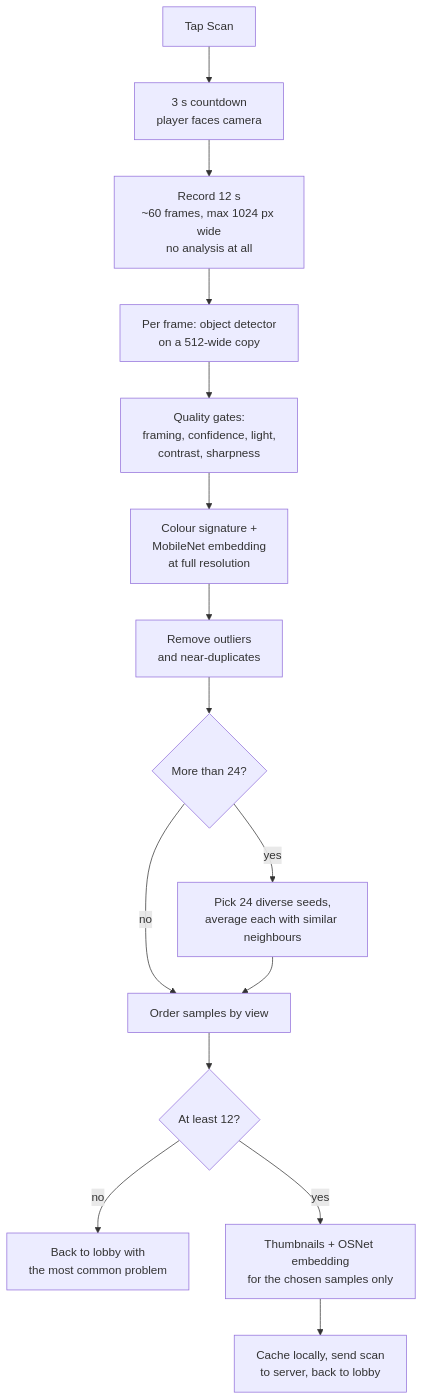
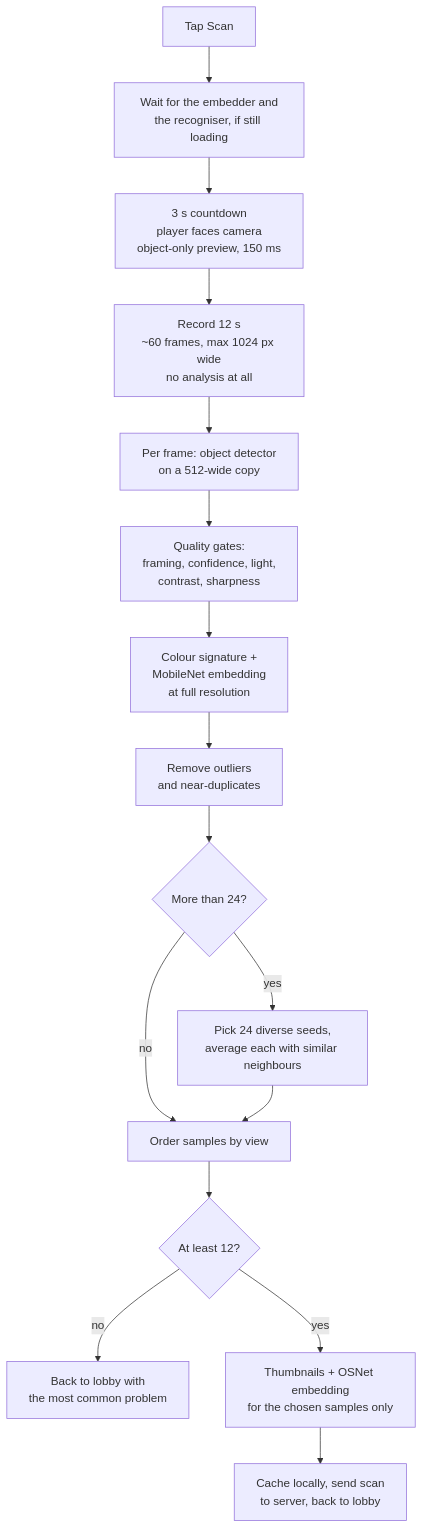
One commit to Basiliskenzahn/Laser-Tag changed the diagram in docs/client/scanning.md. Above: the diagram before and after it, drawn with Mermaid. The commit also changed other lines of this file and 8 other files, not shown here.

````diff
--- a/docs/client/scanning.md
+++ b/docs/client/scanning.md
@@ -15,17 +15,18 @@
 ```mermaid
 flowchart TD
-  A[Tap Scan] --> B[3 s countdown<br/>player faces camera]
+  A[Tap Scan] --> A2[Wait for the embedder and<br/>the recogniser, if still loading]
+  A2 --> B[3 s countdown<br/>player faces camera<br/>object-only preview, 150 ms]
   B --> C[Record 12 s<br/>~60 frames, max 1024 px wide<br/>no analysis at all]
   C --> D[Per frame: object detector<br/>on a 512-wide copy]
   D --> E[Quality gates:<br/>framing, confidence, light,<br/>contrast, sharpness]
   E --> F[Colour signature +<br/>MobileNet embedding<br/>at full resolution]
   F --> G[Remove outliers<br/>and near-duplicates]
   G --> H{More than 24?}
   H -- yes --> I[Pick 24 diverse seeds,<br/>average each with similar neighbours]
   H -- no --> J
   I --> J[Order samples by view]
   J --> K{At least 12?}
   K -- no --> L[Back to lobby with<br/>the most common problem]
   K -- yes --> M[Thumbnails + OSNet embedding<br/>for the chosen samples only]
   M --> N[Cache locally, send scan<br/>to server, back to lobby]
 ```
````
